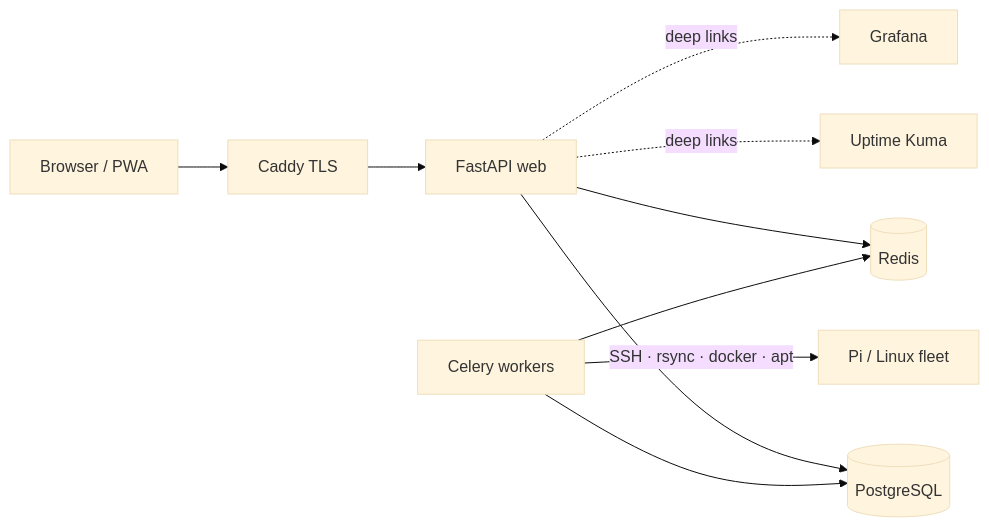
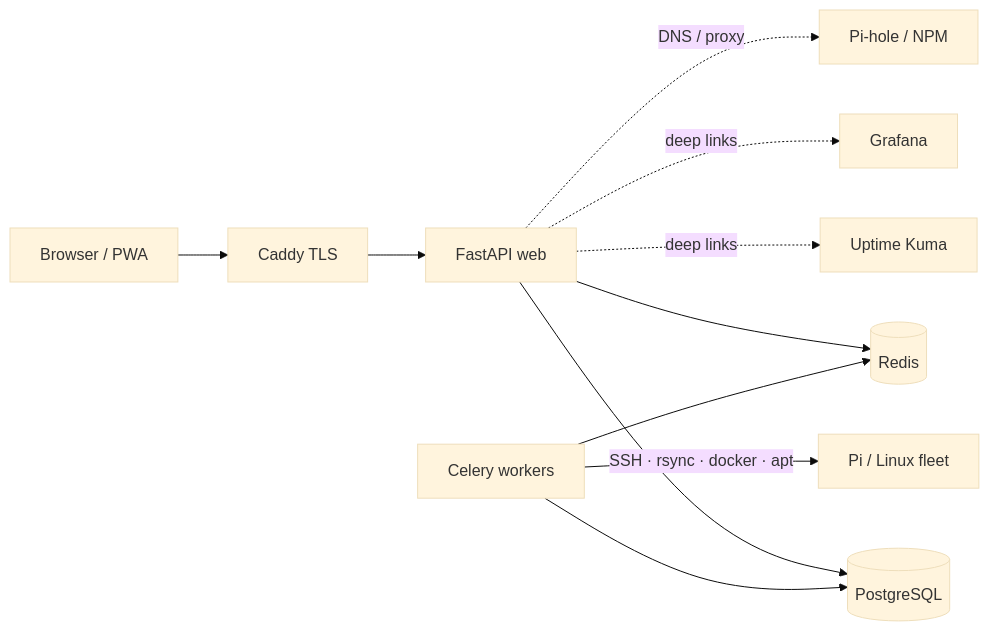
The diagram in wiki/index.md (bjorngluck/piherder), drawn with Mermaid (base theme) before and after one commit. The commit also changed other lines of this file and 13 other files, not shown here.

````diff
--- a/wiki/index.md
+++ b/wiki/index.md
@@ -61,12 +61,13 @@
 ```mermaid
 flowchart LR
   You[Browser / PWA] --> Caddy[Caddy TLS]
   Caddy --> Web[FastAPI web]
   Web --> DB[(PostgreSQL)]
   Web --> Redis[(Redis)]
   Celery[Celery workers] --> DB
   Celery --> Redis
   Celery -->|SSH · rsync · docker · apt| Fleet[Pi / Linux fleet]
   Web -.->|deep links| Kuma[Uptime Kuma]
   Web -.->|deep links| GF[Grafana]
+  Web -.->|DNS / proxy| PH[Pi-hole / NPM]
 ```
````
